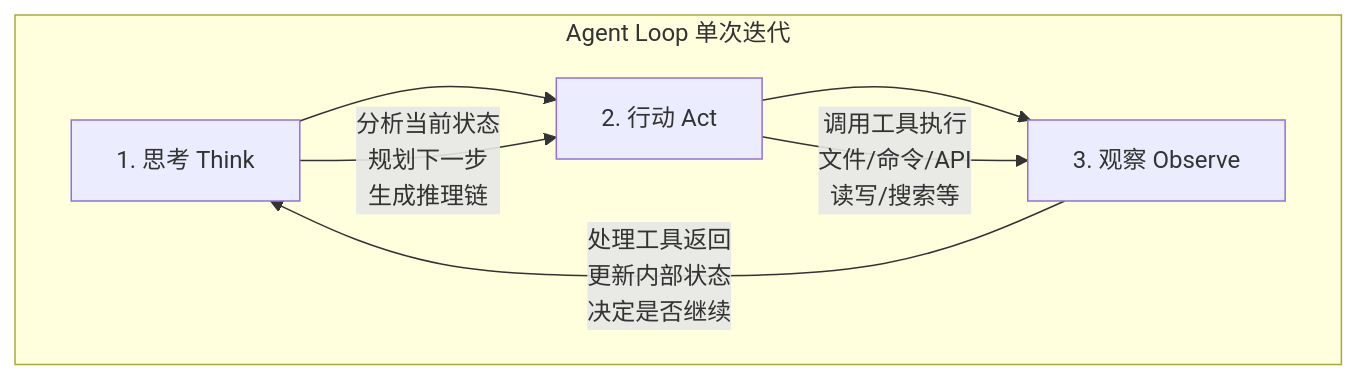
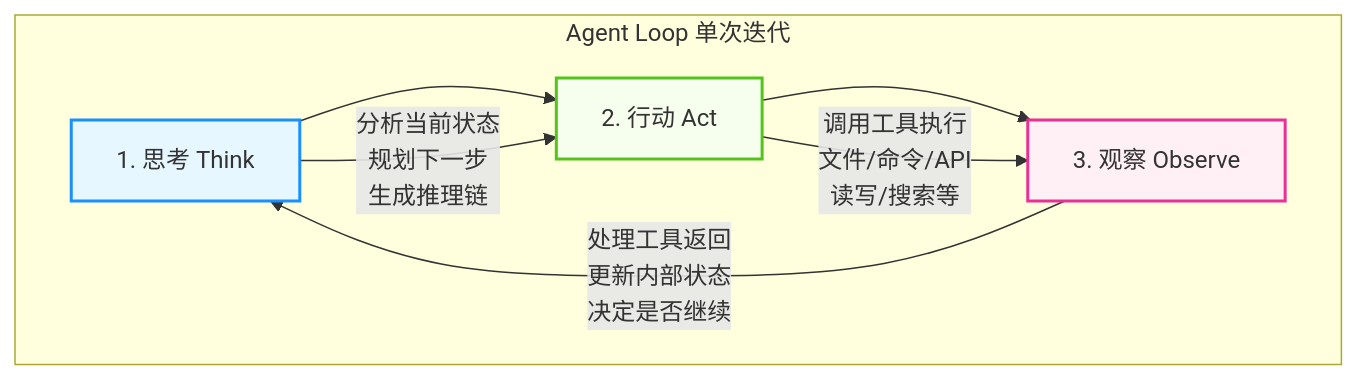
The second of 7 diagrams in 10_agentic_coding/10.2_loop.md (yeasy/agentic_ai_guide), drawn with Mermaid before and after one commit. The commit also changed other lines of this file and 36 other files, not shown here.

````diff
--- a/10_agentic_coding/10.2_loop.md
+++ b/10_agentic_coding/10.2_loop.md
@@ -44,11 +45,21 @@
 ```mermaid
 graph TD
+    %% Style Definitions
+    classDef step fill:#e6f7ff,stroke:#1890ff,stroke-width:2px;
+    classDef action fill:#f6ffed,stroke:#52c41a,stroke-width:2px;
+    classDef observe fill:#fff0f6,stroke:#eb2f96,stroke-width:2px;
+
     subgraph Iteration ["Agent Loop 单次迭代"]
         Think[1. 思考 Think] --> Act[2. 行动 Act]
         Act --> Observe[3. 观察 Observe]
     end
 
     Think -->|分析当前状态<br>规划下一步<br>生成推理链| Act
     Act -->|调用工具执行<br>文件/命令/API<br>读写/搜索等| Observe
     Observe -->|处理工具返回<br>更新内部状态<br>决定是否继续| Think
+    
+    %% Apply Styles
+    class Think step;
+    class Act action;
+    class Observe observe;
 ```
````
